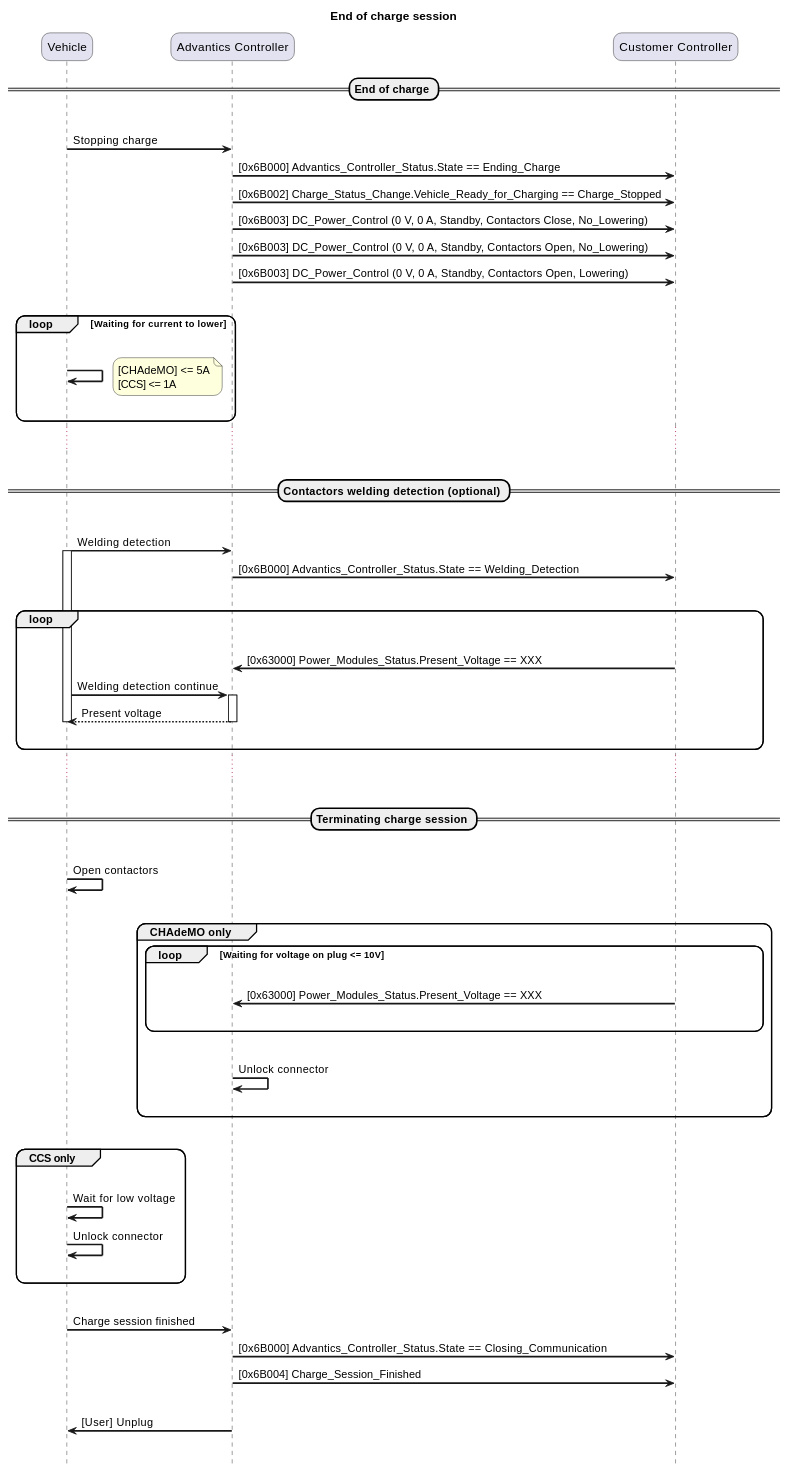
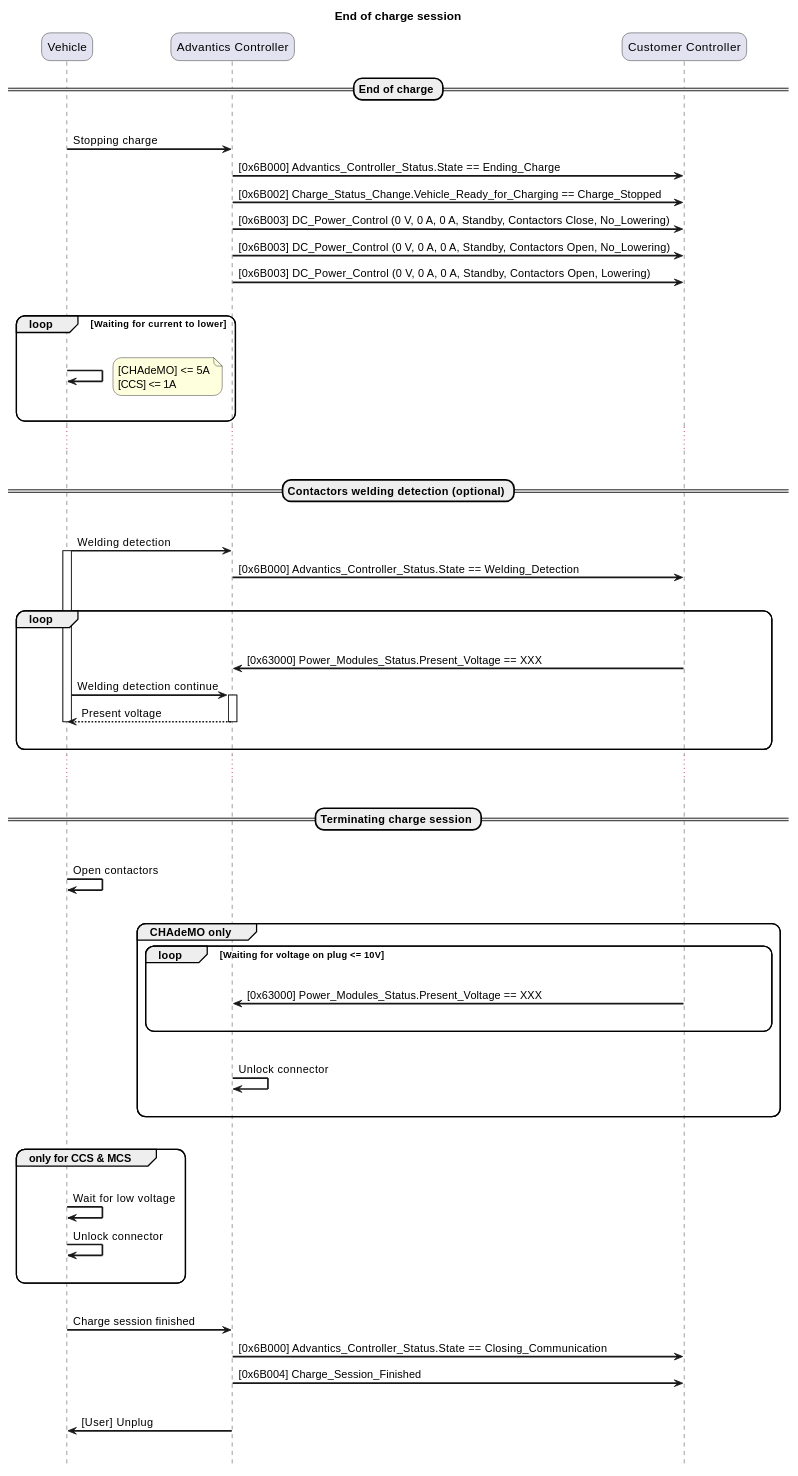
The sixth of 6 diagrams in charge-controllers/secc_generic/power_transfer_sequence_diagram.md (ADVANTICS/documentation), drawn with PlantUML before and after one commit. The commit also changed other lines of this file, not shown here.

Commit message:
Fix, use the updated sequences v3 as source for the Power Transfer Sequence Diagram

```diff
--- a/charge-controllers/secc_generic/power_transfer_sequence_diagram.md
+++ b/charge-controllers/secc_generic/power_transfer_sequence_diagram.md
@@ -330,9 +330,9 @@
 deactivate PEV
 EVSE -> Charger: [0x6B000] Advantics_Controller_Status.State == Ending_Charge
 EVSE -> Charger: [0x6B002] Charge_Status_Change.Vehicle_Ready_for_Charging == Charge_Stopped
-EVSE -> Charger: [0x6B003] DC_Power_Control (0 V, 0 A, Standby, Contactors Close, No_Lowering)
-EVSE -> Charger: [0x6B003] DC_Power_Control (0 V, 0 A, Standby, Contactors Open, No_Lowering)
-EVSE -> Charger: [0x6B003] DC_Power_Control (0 V, 0 A, Standby, Contactors Open, Lowering)
+EVSE -> Charger: [0x6B003] DC_Power_Control (0 V, 0 A, 0 A, Standby, Contactors Close, No_Lowering)
+EVSE -> Charger: [0x6B003] DC_Power_Control (0 V, 0 A, 0 A, Standby, Contactors Open, No_Lowering)
+EVSE -> Charger: [0x6B003] DC_Power_Control (0 V, 0 A, 0 A, Standby, Contactors Open, Lowering)
 deactivate EVSE
 deactivate Charger
 |||
@@ -383,7 +383,7 @@
   |||
 end group
 |||
-group CCS only
+group only for CCS & MCS
   |||
   PEV -> PEV: Wait for low voltage
   PEV -> PEV: Unlock connector
```
